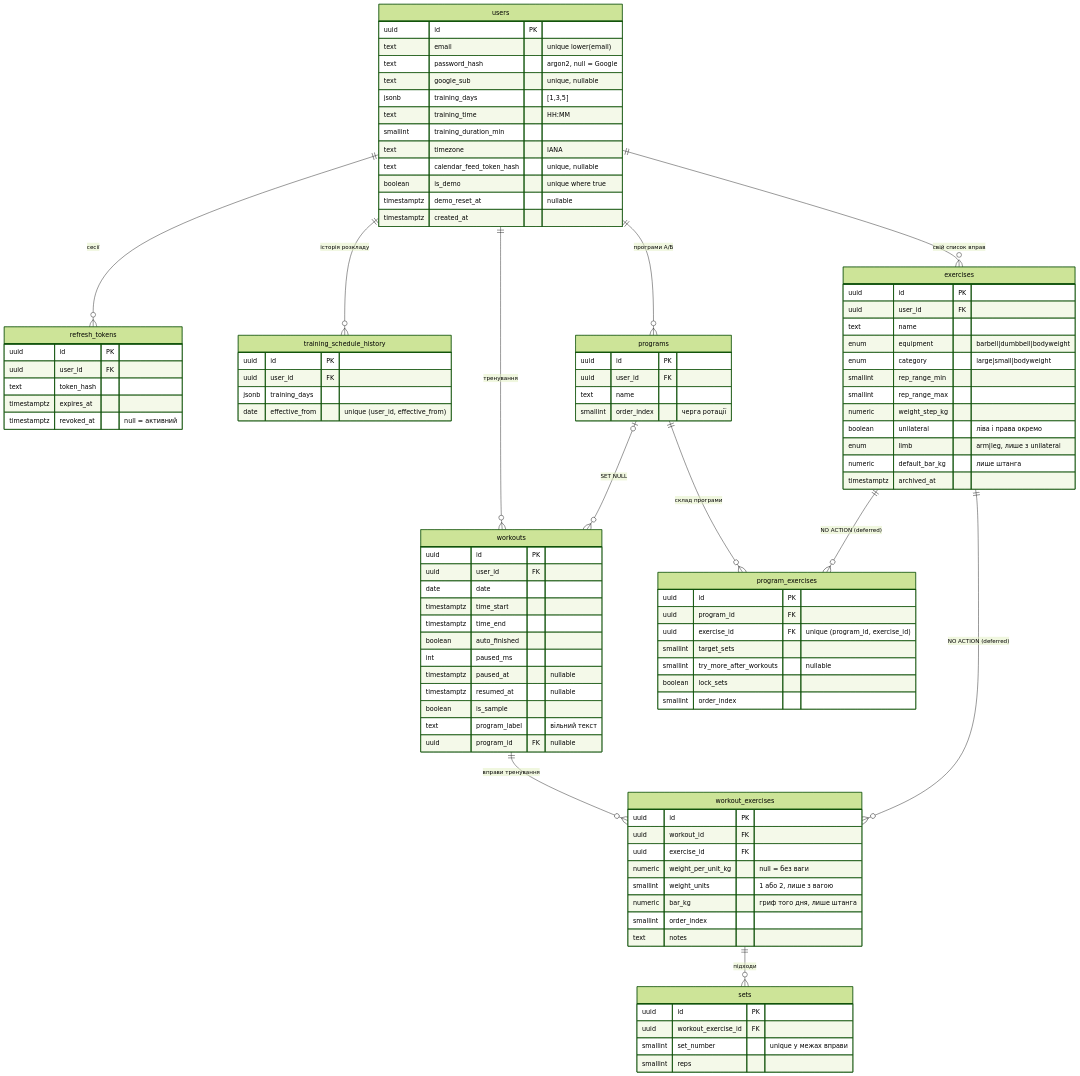
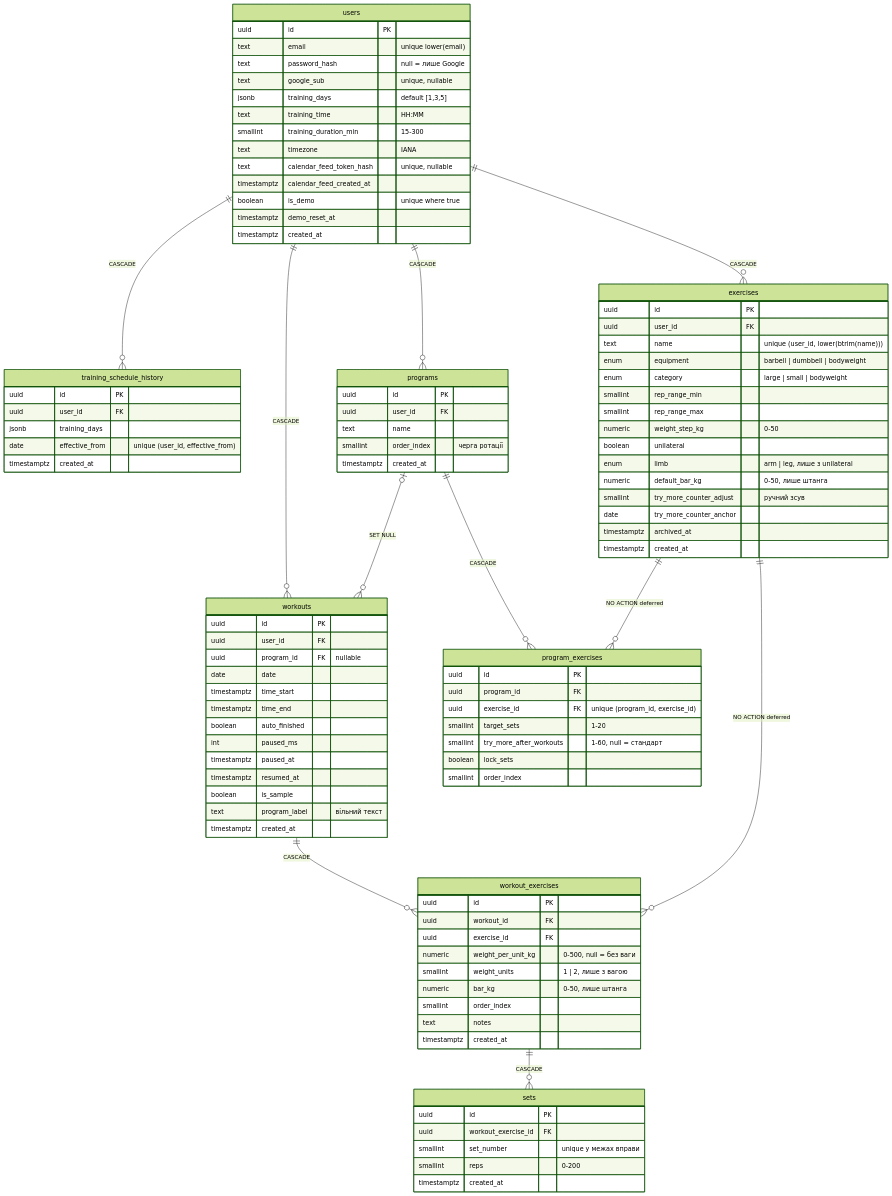
One commit to SergioBurlaka/MyGym changed the first of 2 diagrams in docs/db/ARCHITECTURE.md. Above: the diagram before and after it, drawn with Mermaid (forest theme). The commit also changed other lines of this file, not shown here.

Commit message:
docs(db): refresh ER diagram with auth/OAuth tables and current columns

````diff
--- a/docs/db/ARCHITECTURE.md
+++ b/docs/db/ARCHITECTURE.md
@@ -10,103 +14,104 @@
 ```mermaid
 erDiagram
-    users ||--o{ refresh_tokens : "сесії"
-    users ||--o{ training_schedule_history : "історія розкладу"
-    users ||--o{ exercises : "свій список вправ"
-    users ||--o{ programs : "програми А/Б"
-    users ||--o{ workouts : "тренування"
+    users ||--o{ training_schedule_history : "CASCADE"
+    users ||--o{ exercises : "CASCADE"
+    users ||--o{ programs : "CASCADE"
+    users ||--o{ workouts : "CASCADE"
 
-    programs ||--o{ program_exercises : "склад програми"
-    exercises ||--o{ program_exercises : "NO ACTION (deferred)"
+    programs ||--o{ program_exercises : "CASCADE"
+    exercises ||--o{ program_exercises : "NO ACTION deferred"
     programs |o--o{ workouts : "SET NULL"
 
-    workouts ||--o{ workout_exercises : "вправи тренування"
-    exercises ||--o{ workout_exercises : "NO ACTION (deferred)"
-    workout_exercises ||--o{ sets : "підходи"
+    workouts ||--o{ workout_exercises : "CASCADE"
+    exercises ||--o{ workout_exercises : "NO ACTION deferred"
+    workout_exercises ||--o{ sets : "CASCADE"
 
     users {
         uuid id PK
         text email "unique lower(email)"
-        text password_hash "argon2, null = Google"
+        text password_hash "null = лише Google"
         text google_sub "unique, nullable"
-        jsonb training_days "[1,3,5]"
+        jsonb training_days "default [1,3,5]"
         text training_time "HH:MM"
-        smallint training_duration_min
+        smallint training_duration_min "15-300"
         text timezone "IANA"
         text calendar_feed_token_hash "unique, nullable"
+        timestamptz calendar_feed_created_at
         boolean is_demo "unique where true"
-        timestamptz demo_reset_at "nullable"
+        timestamptz demo_reset_at
         timestamptz created_at
-    }
-    refresh_tokens {
-        uuid id PK
-        uuid user_id FK
-        text token_hash
-        timestamptz expires_at
-        timestamptz revoked_at "null = активний"
     }
     training_schedule_history {
         uuid id PK
         uuid user_id FK
         jsonb training_days
         date effective_from "unique (user_id, effective_from)"
+        timestamptz created_at
     }
     exercises {
         uuid id PK
         uuid user_id FK
-        text name
-        enum equipment "barbell|dumbbell|bodyweight"
-        enum category "large|small|bodyweight"
+        text name "unique (user_id, lower(btrim(name)))"
+        enum equipment "barbell | dumbbell | bodyweight"
+        enum category "large | small | bodyweight"
         smallint rep_range_min
         smallint rep_range_max
-        numeric weight_step_kg
-        boolean unilateral "ліва і права окремо"
-        enum limb "arm|leg, лише з unilateral"
-        numeric default_bar_kg "лише штанга"
+        numeric weight_step_kg "0-50"
+        boolean unilateral
+        enum limb "arm | leg, лише з unilateral"
+        numeric default_bar_kg "0-50, лише штанга"
+        smallint try_more_counter_adjust "ручний зсув"
+        date try_more_counter_anchor
         timestamptz archived_at
+        timestamptz created_at
     }
     programs {
         uuid id PK
         uuid user_id FK
         text name
         smallint order_index "черга ротації"
+        timestamptz created_at
     }
     program_exercises {
         uuid id PK
         uuid program_id FK
         uuid exercise_id FK "unique (program_id, exercise_id)"
-        smallint target_sets
-        smallint try_more_after_workouts "nullable"
+        smallint target_sets "1-20"
+        smallint try_more_after_workouts "1-60, null = стандарт"
         boolean lock_sets
         smallint order_index
     }
     workouts {
         uuid id PK
         uuid user_id FK
+        uuid program_id FK "nullable"
         date date
         timestamptz time_start
         timestamptz time_end
         boolean auto_finished
         int paused_ms
-        timestamptz paused_at "nullable"
-        timestamptz resumed_at "nullable"
+        timestamptz paused_at
+        timestamptz resumed_at
         boolean is_sample
         text program_label "вільний текст"
-        uuid program_id FK "nullable"
+        timestamptz created_at
     }
     workout_exercises {
         uuid id PK
         uuid workout_id FK
         uuid exercise_id FK
-        numeric weight_per_unit_kg "null = без ваги"
-        smallint weight_units "1 або 2, лише з вагою"
-        numeric bar_kg "гриф того дня, лише штанга"
+        numeric weight_per_unit_kg "0-500, null = без ваги"
+        smallint weight_units "1 | 2, лише з вагою"
+        numeric bar_kg "0-50, лише штанга"
         smallint order_index
         text notes
+        timestamptz created_at
     }
     sets {
         uuid id PK
         uuid workout_exercise_id FK
         smallint set_number "unique у межах вправи"
-        smallint reps
+        smallint reps "0-200"
+        timestamptz created_at
     }
 ```
````
